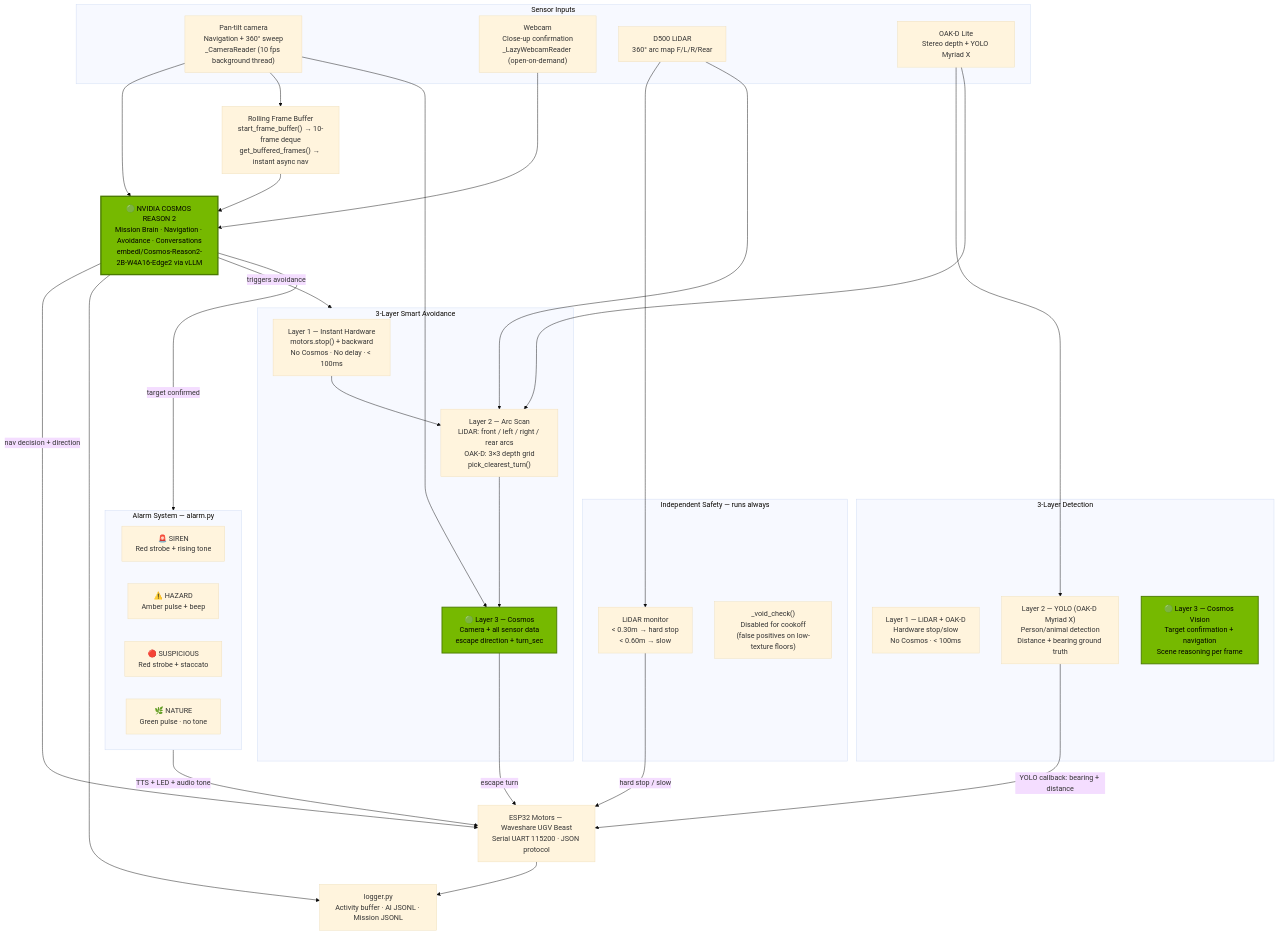
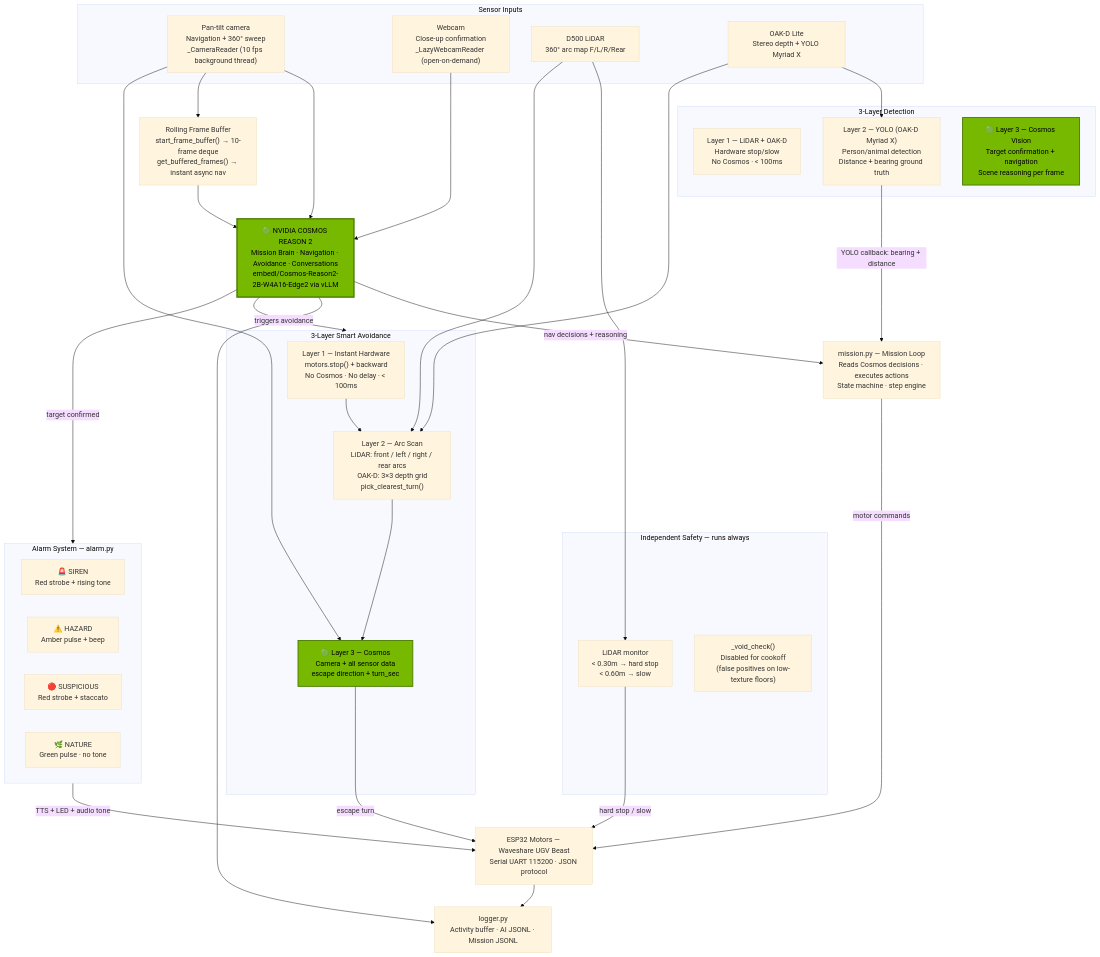
One commit to OppaAI/eric changed the first of 3 diagrams in docs/ARCHITECTURE.md. Above: the diagram before and after it, drawn with Mermaid (base theme). The commit also changed other lines of this file, not shown here.

````diff
--- a/docs/ARCHITECTURE.md
+++ b/docs/ARCHITECTURE.md
@@ -9,59 +9,61 @@
 ```mermaid
 flowchart TD
     COSMOS["🟢 NVIDIA COSMOS REASON 2\nMission Brain · Navigation · Avoidance · Conversations\nembedl/Cosmos-Reason2-2B-W4A16-Edge2 via vLLM"]
     style COSMOS fill:#76b900,color:#000,stroke:#4a7a00,stroke-width:3px
 
     subgraph SENSORS["Sensor Inputs"]
         CAM2["Pan-tilt camera\nNavigation + 360° sweep\n_CameraReader (10 fps background thread)"]
         CAM1["Webcam\nClose-up confirmation\n_LazyWebcamReader (open-on-demand)"]
         LIDAR["D500 LiDAR\n360° arc map F/L/R/Rear"]
         OAKD["OAK-D Lite\nStereo depth + YOLO Myriad X"]
     end
 
     subgraph DETECTION["3-Layer Detection"]
         L1["Layer 1 — LiDAR + OAK-D\nHardware stop/slow\nNo Cosmos · < 100ms"]
         L2["Layer 2 — YOLO (OAK-D Myriad X)\nPerson/animal detection\nDistance + bearing ground truth"]
         L3["🟢 Layer 3 — Cosmos Vision\nTarget confirmation + navigation\nScene reasoning per frame"]
         style L3 fill:#76b900,color:#000,stroke:#4a7a00,stroke-width:2px
     end
 
     subgraph AVOIDANCE["3-Layer Smart Avoidance"]
         AV1["Layer 1 — Instant Hardware\nmotors.stop() + backward\nNo Cosmos · No delay · < 100ms"]
         AV2["Layer 2 — Arc Scan\nLiDAR: front / left / right / rear arcs\nOAK-D: 3×3 depth grid\npick_clearest_turn()"]
         AV3["🟢 Layer 3 — Cosmos\nCamera + all sensor data\nescape direction + turn_sec"]
         style AV3 fill:#76b900,color:#000,stroke:#4a7a00,stroke-width:2px
         AV1 --> AV2 --> AV3
     end
 
     subgraph SAFETY["Independent Safety — runs always"]
         LIDAR_MON["LiDAR monitor\n< 0.30m → hard stop\n< 0.60m → slow"]
         VOID["_void_check()\nDisabled for cookoff\n(false positives on low-texture floors)"]
     end
 
     subgraph ALARM["Alarm System — alarm.py"]
         SIREN["🚨 SIREN\nRed strobe + rising tone"]
         HAZARD["⚠️ HAZARD\nAmber pulse + beep"]
         SUSP["🔴 SUSPICIOUS\nRed strobe + staccato"]
         NATURE["🌿 NATURE\nGreen pulse · no tone"]
     end
 
     MOTORS["ESP32 Motors — Waveshare UGV Beast\nSerial UART 115200 · JSON protocol"]
     LOGGER["logger.py\nActivity buffer · AI JSONL · Mission JSONL"]
     BUF["Rolling Frame Buffer\nstart_frame_buffer() → 10-frame deque\nget_buffered_frames() → instant async nav"]
+    MISSION["mission.py — Mission Loop\nReads Cosmos decisions · executes actions\nState machine · step engine"]
 
     CAM1 & CAM2 --> COSMOS
     CAM2 --> BUF --> COSMOS
     LIDAR --> LIDAR_MON & AV2
     OAKD --> L2 & AV2
     CAM2 --> AV3
 
-    COSMOS -->|"nav decision + direction"| MOTORS
+    COSMOS -->|"nav decisions + reasoning"| MISSION
     COSMOS -->|"triggers avoidance"| AVOIDANCE
     COSMOS -->|"target confirmed"| ALARM
-    L2 -->|"YOLO callback: bearing + distance"| MOTORS
+    MISSION -->|"motor commands"| MOTORS
+    L2 -->|"YOLO callback: bearing + distance"| MISSION
     AV3 -->|"escape turn"| MOTORS
     LIDAR_MON -->|"hard stop / slow"| MOTORS
     ALARM -->|"TTS + LED + audio tone"| MOTORS
     COSMOS --> LOGGER
     MOTORS --> LOGGER
 ```
````
